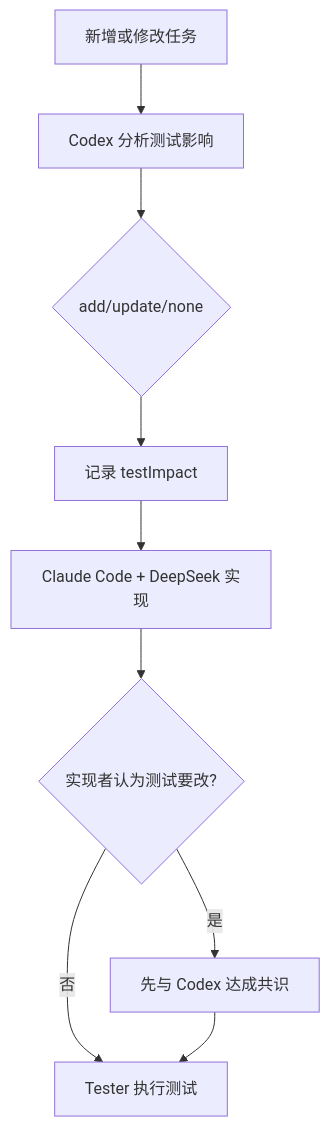
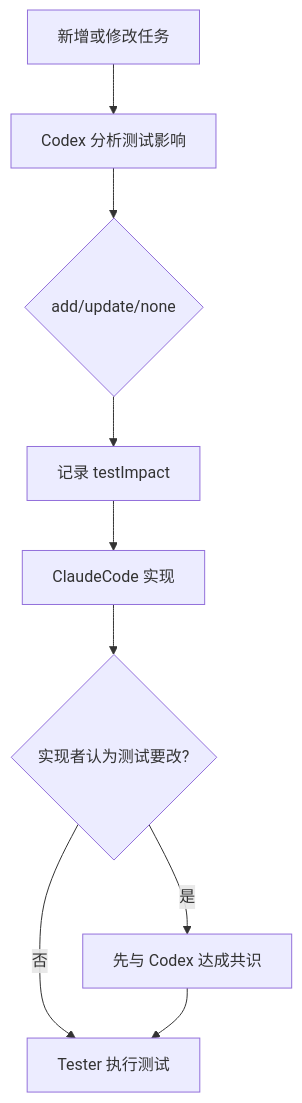
Before and after one commit to daxiguaguagua-hash/OpsAgent: the sixth of 6 diagrams in docs/workflows/agent-execution-workflow.md, drawn with Mermaid. The commit also changed other lines of this file and 47 other files, not shown here.

````diff
--- a/docs/workflows/agent-execution-workflow.md
+++ b/docs/workflows/agent-execution-workflow.md
@@ -146,11 +149,11 @@
 ```mermaid
 flowchart TD
   A[新增或修改任务] --> B[Codex 分析测试影响]
   B --> C{add/update/none}
   C --> D[记录 testImpact]
-  D --> E[Claude Code + DeepSeek 实现]
+  D --> E[ClaudeCode 实现]
   E --> F{实现者认为测试要改?}
   F -->|否| G[Tester 执行测试]
   F -->|是| H[先与 Codex 达成共识]
   H --> G
 ```
````
